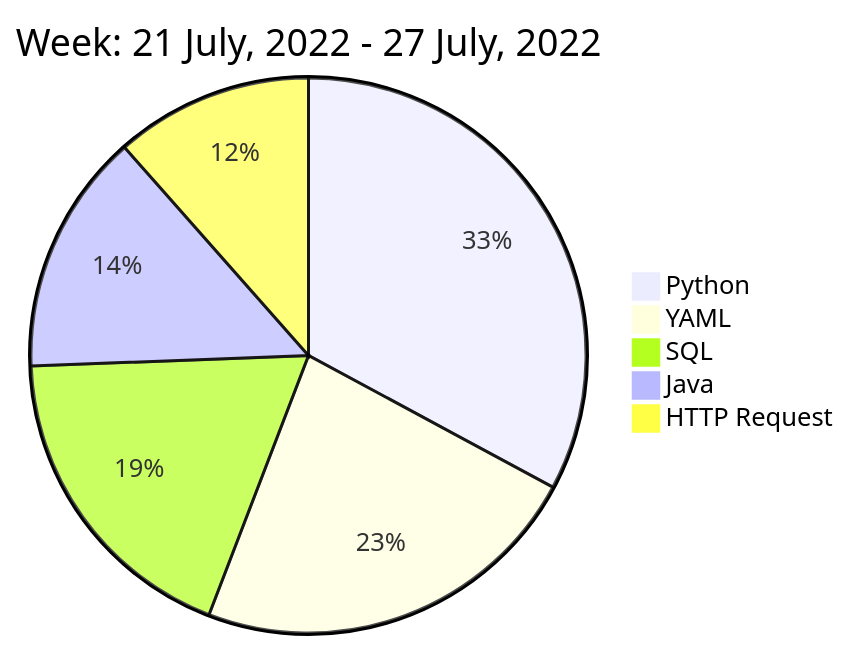
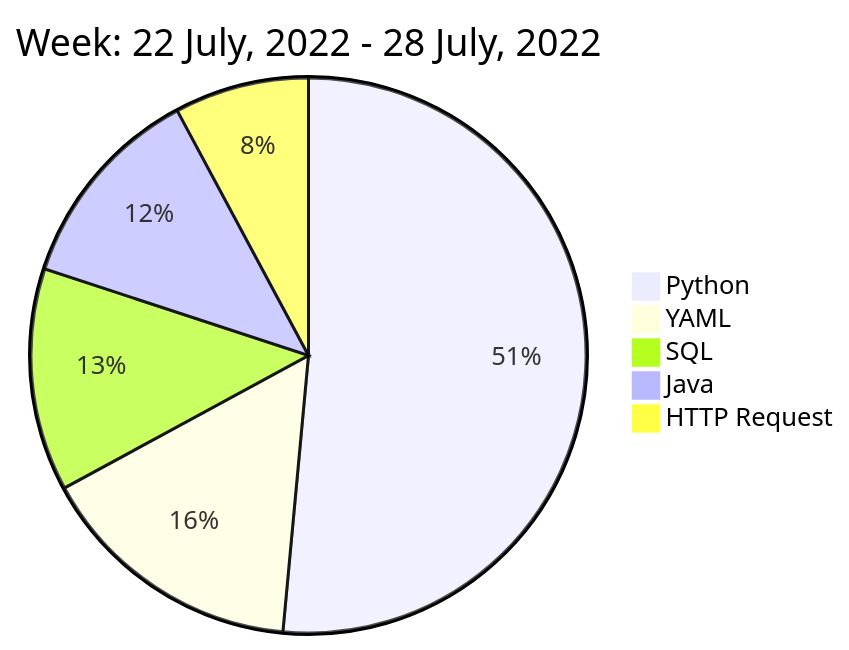
The diagram in README.md (liubin95/liubin95), drawn with Mermaid before and after one commit.

Commit message:
Updated the Graph with new Metrics

````diff
--- a/README.md
+++ b/README.md
@@ -40,9 +40,9 @@
 ```mermaid
  pie
-title Week: 21 July, 2022 - 27 July, 2022
- "Python" : 4.48
+title Week: 22 July, 2022 - 28 July, 2022
+ "Python" : 10.32
  "YAML" : 3.13
- "SQL" : 2.53
- "Java" : 1.92
+ "SQL" : 2.6
+ "Java" : 2.43
  "HTTP Request" : 1.57
 ```
````
